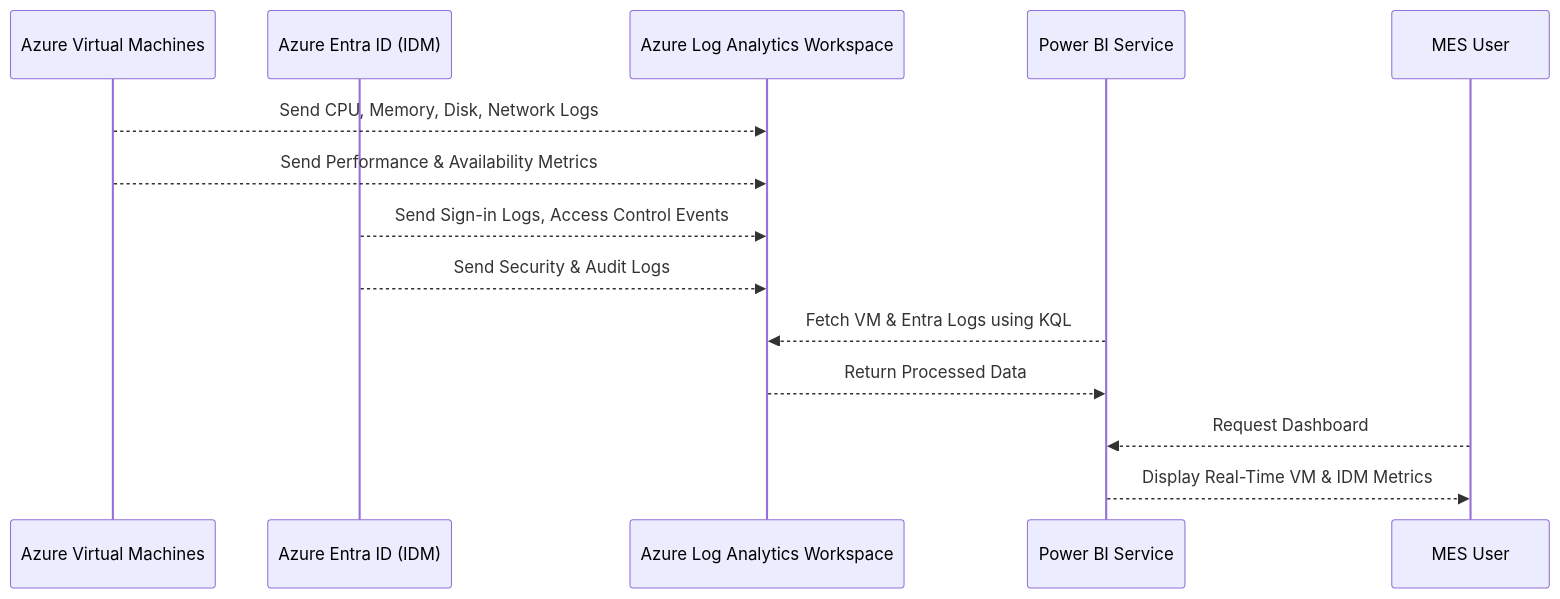
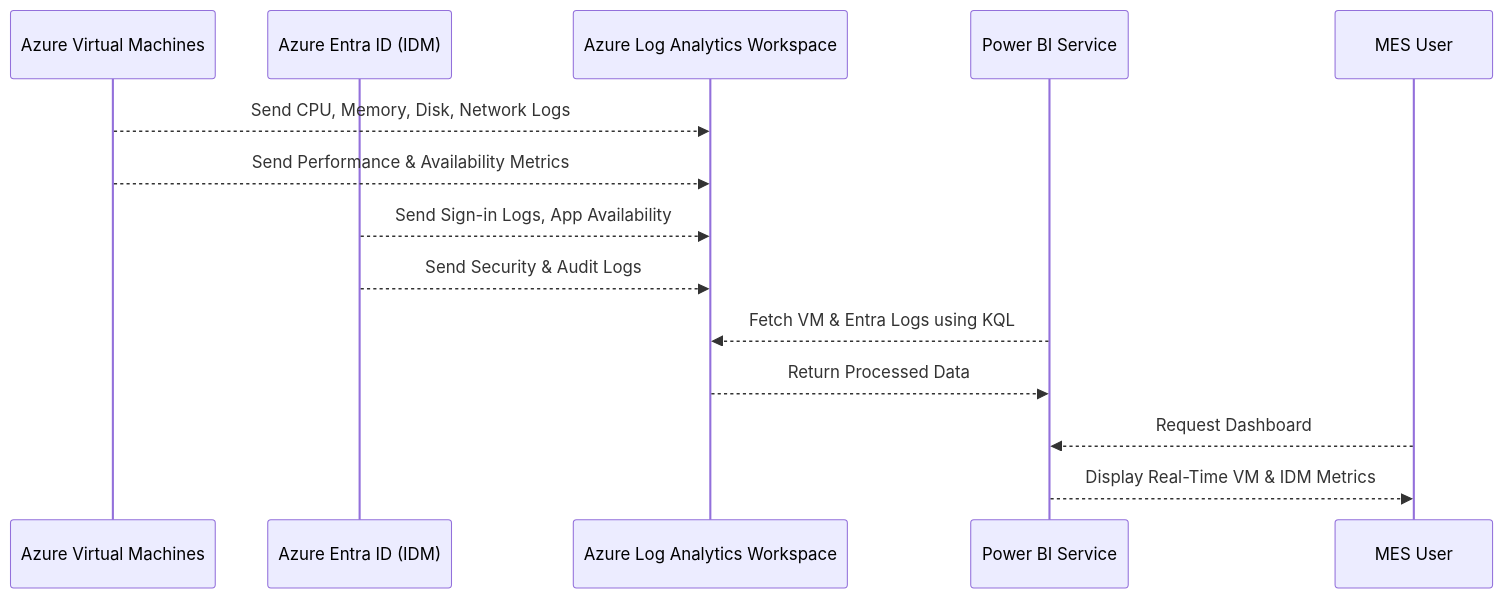
One commit to oigbokwe73/MuleSoft-Moveit-Azure-Data-Logging-Monitoring-Solution changed the first of 13 diagrams in README.md. Above: the diagram before and after it, drawn with Mermaid.

````diff
--- a/README.md
+++ b/README.md
@@ -3,24 +3,24 @@
 ```mermaid
 sequenceDiagram
     participant VM as Azure Virtual Machines
     participant Entra as Azure Entra ID (IDM)
     participant LogAnalytics as Azure Log Analytics Workspace
     participant PowerBI as Power BI Service
     participant User as MES User
     
     %% Step 1: Collect Metrics from Azure VMs
     VM-->>LogAnalytics: Send CPU, Memory, Disk, Network Logs
     VM-->>LogAnalytics: Send Performance & Availability Metrics
     
     %% Step 2: Collect Logs from Azure Entra ID (IDM)
-    Entra-->>LogAnalytics: Send Sign-in Logs, Access Control Events
+    Entra-->>LogAnalytics: Send Sign-in Logs, App Availability
     Entra-->>LogAnalytics: Send Security & Audit Logs
 
     %% Step 3: Power BI Queries Log Analytics
     PowerBI-->>LogAnalytics: Fetch VM & Entra Logs using KQL
     LogAnalytics-->>PowerBI: Return Processed Data
     
     %% Step 4: MES User Accesses Power BI Reports
     User-->>PowerBI: Request Dashboard
     PowerBI-->>User: Display Real-Time VM & IDM Metrics
 ```
````
